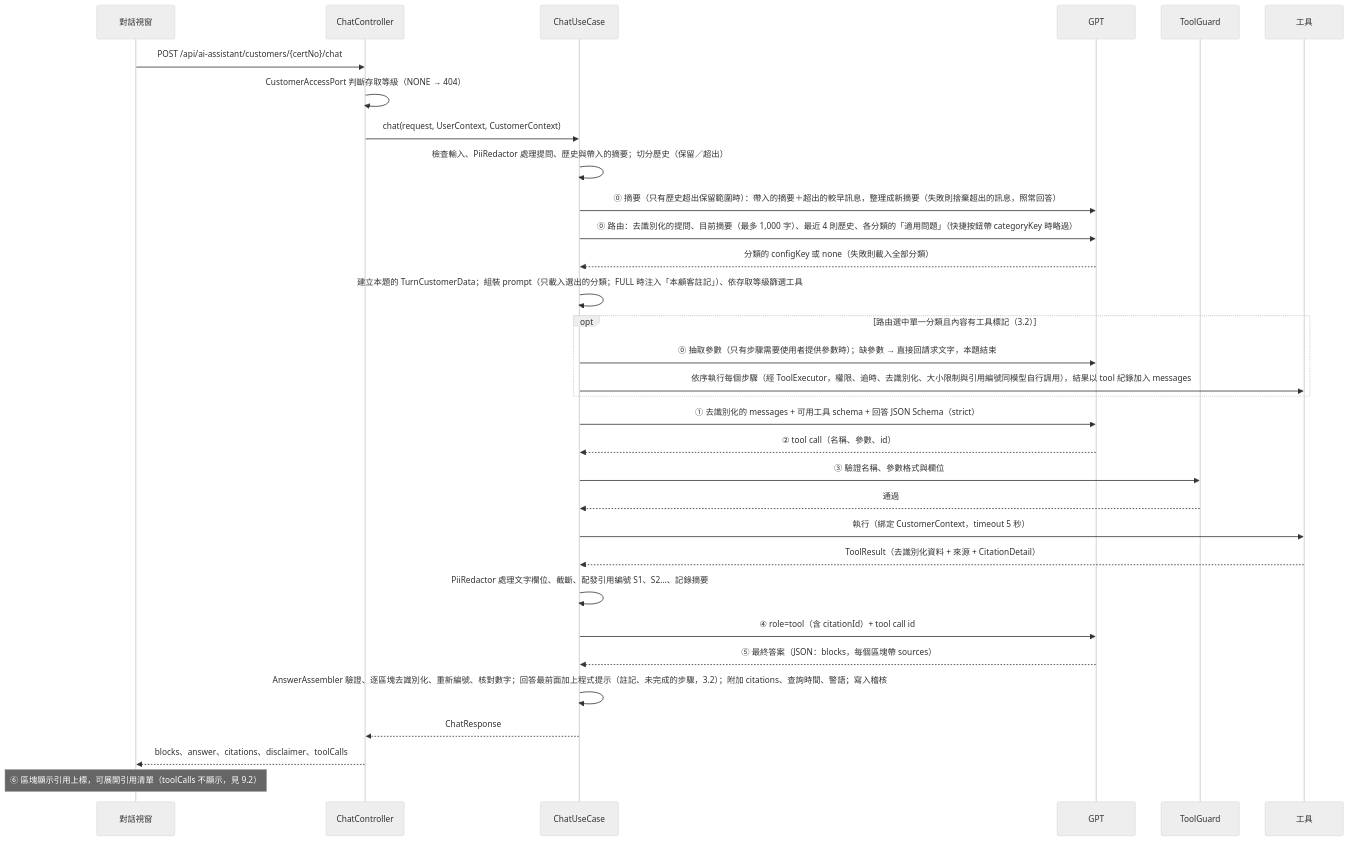
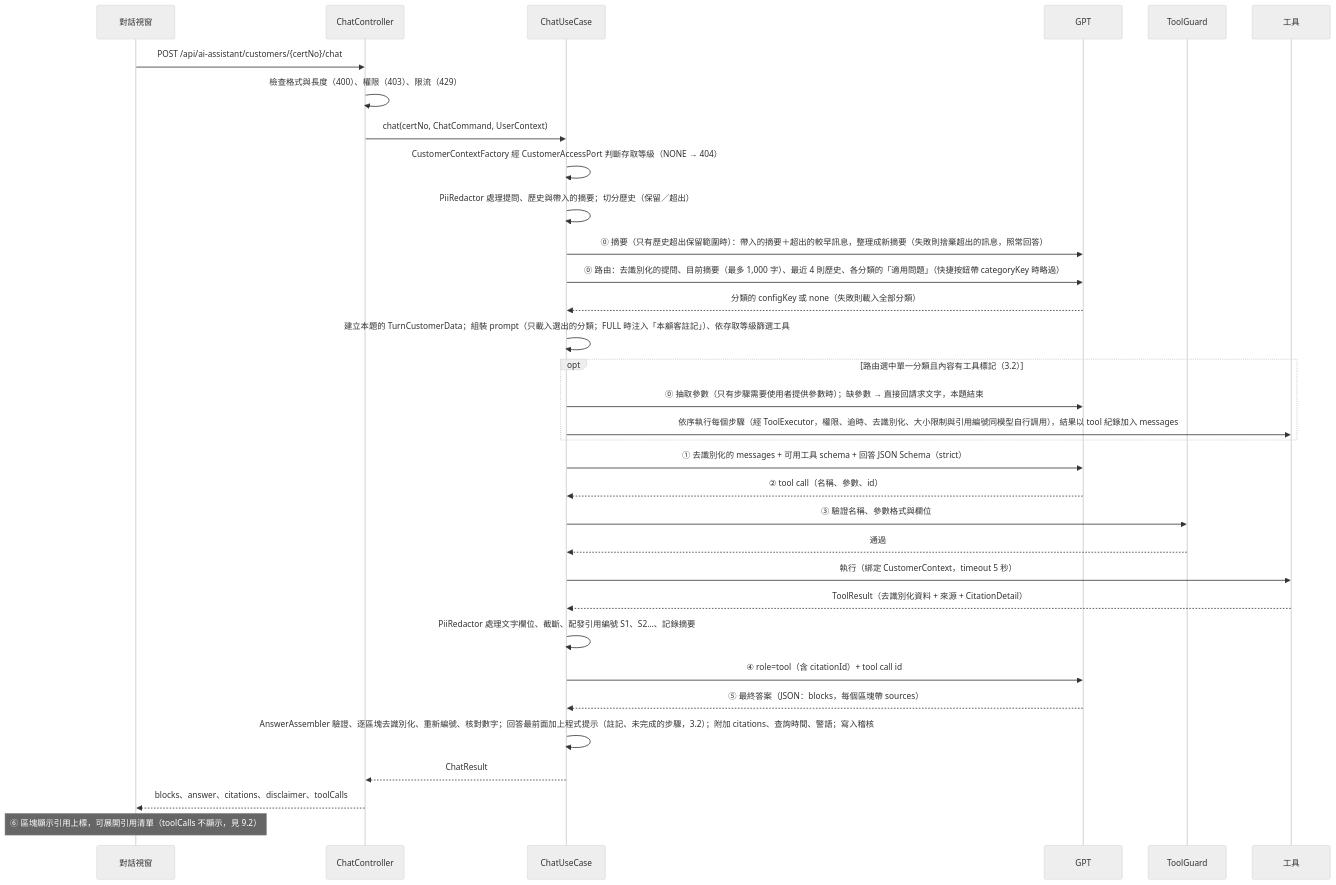
One commit to Rue1216/assistant-poc changed the fifth of 11 diagrams in docs/spec/01-architecture.md. Above: the diagram before and after it, drawn with Mermaid (neutral theme). The commit also changed other lines of this file and 6 other files, not shown here.

````diff
--- a/docs/spec/01-architecture.md
+++ b/docs/spec/01-architecture.md
@@ -199,35 +199,36 @@
 ```mermaid
 sequenceDiagram
   participant U as 對話視窗
   participant C as ChatController
   participant O as ChatUseCase
   participant G as GPT
   participant TG as ToolGuard
   participant T as 工具
 
   U->>C: POST /api/ai-assistant/customers/{certNo}/chat
-  C->>C: CustomerAccessPort 判斷存取等級（NONE → 404）
-  C->>O: chat(request, UserContext, CustomerContext)
-  O->>O: 檢查輸入、PiiRedactor 處理提問、歷史與帶入的摘要；切分歷史（保留／超出）
+  C->>C: 檢查格式與長度（400）、權限（403）、限流（429）
+  C->>O: chat(certNo, ChatCommand, UserContext)
+  O->>O: CustomerContextFactory 經 CustomerAccessPort 判斷存取等級（NONE → 404）
+  O->>O: PiiRedactor 處理提問、歷史與帶入的摘要；切分歷史（保留／超出）
   O->>G: ⓪ 摘要（只有歷史超出保留範圍時）：帶入的摘要＋超出的較早訊息，整理成新摘要（失敗則捨棄超出的訊息，照常回答）
   O->>G: ⓪ 路由：去識別化的提問、目前摘要（最多 1,000 字）、最近 4 則歷史、各分類的「適用問題」（快捷按鈕帶 categoryKey 時略過）
   G-->>O: 分類的 configKey 或 none（失敗則載入全部分類）
   O->>O: 建立本題的 TurnCustomerData；組裝 prompt（只載入選出的分類；FULL 時注入「本顧客註記」）、依存取等級篩選工具
   opt 路由選中單一分類且內容有工具標記（3.2）
     O->>G: ⓪ 抽取參數（只有步驟需要使用者提供參數時）；缺參數 → 直接回請求文字，本題結束
     O->>T: 依序執行每個步驟（經 ToolExecutor，權限、逾時、去識別化、大小限制與引用編號同模型自行調用），結果以 tool 紀錄加入 messages
   end
   O->>G: ① 去識別化的 messages + 可用工具 schema + 回答 JSON Schema（strict）
   G-->>O: ② tool call（名稱、參數、id）
   O->>TG: ③ 驗證名稱、參數格式與欄位
   TG-->>O: 通過
   O->>T: 執行（綁定 CustomerContext，timeout 5 秒）
   T-->>O: ToolResult（去識別化資料 + 來源 + CitationDetail）
   O->>O: PiiRedactor 處理文字欄位、截斷、配發引用編號 S1、S2…、記錄摘要
   O->>G: ④ role=tool（含 citationId）+ tool call id
   G-->>O: ⑤ 最終答案（JSON：blocks，每個區塊帶 sources）
   O->>O: AnswerAssembler 驗證、逐區塊去識別化、重新編號、核對數字；回答最前面加上程式提示（註記、未完成的步驟，3.2）；附加 citations、查詢時間、警語；寫入稽核
-  O-->>C: ChatResponse
+  O-->>C: ChatResult
   C-->>U: blocks、answer、citations、disclaimer、toolCalls
   Note over U: ⑥ 區塊顯示引用上標，可展開引用清單（toolCalls 不顯示，見 9.2）
 ```
````
